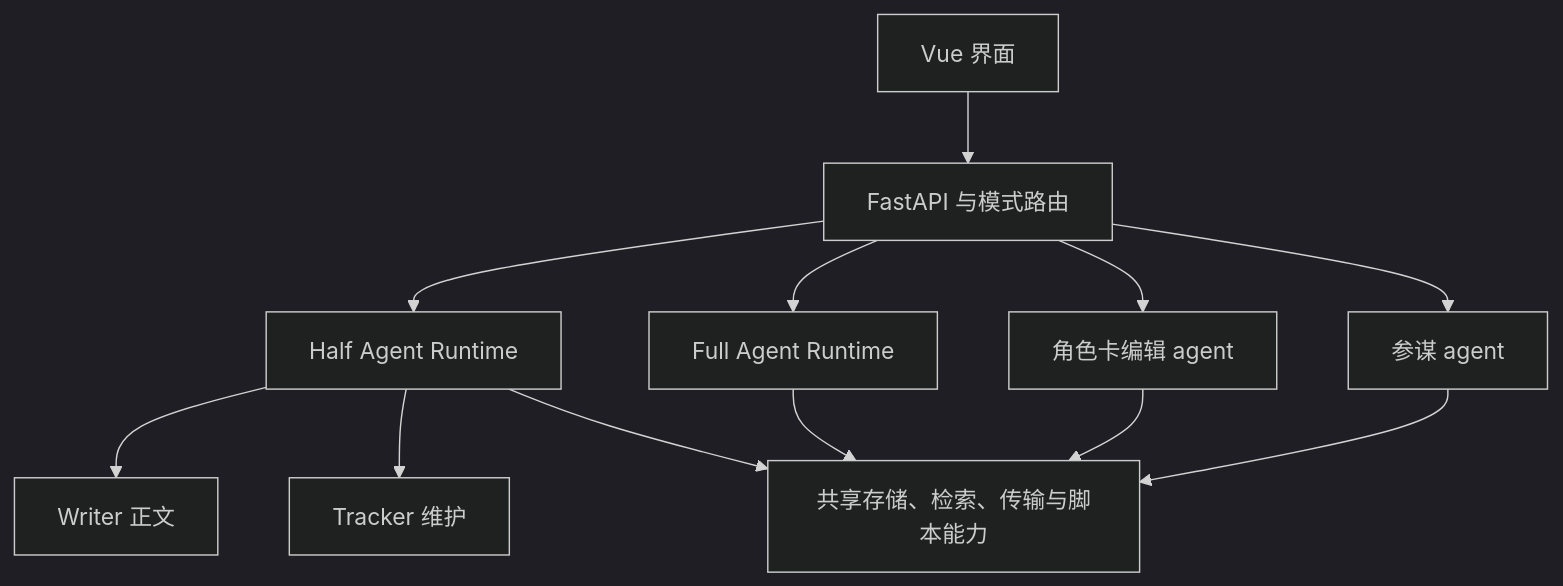
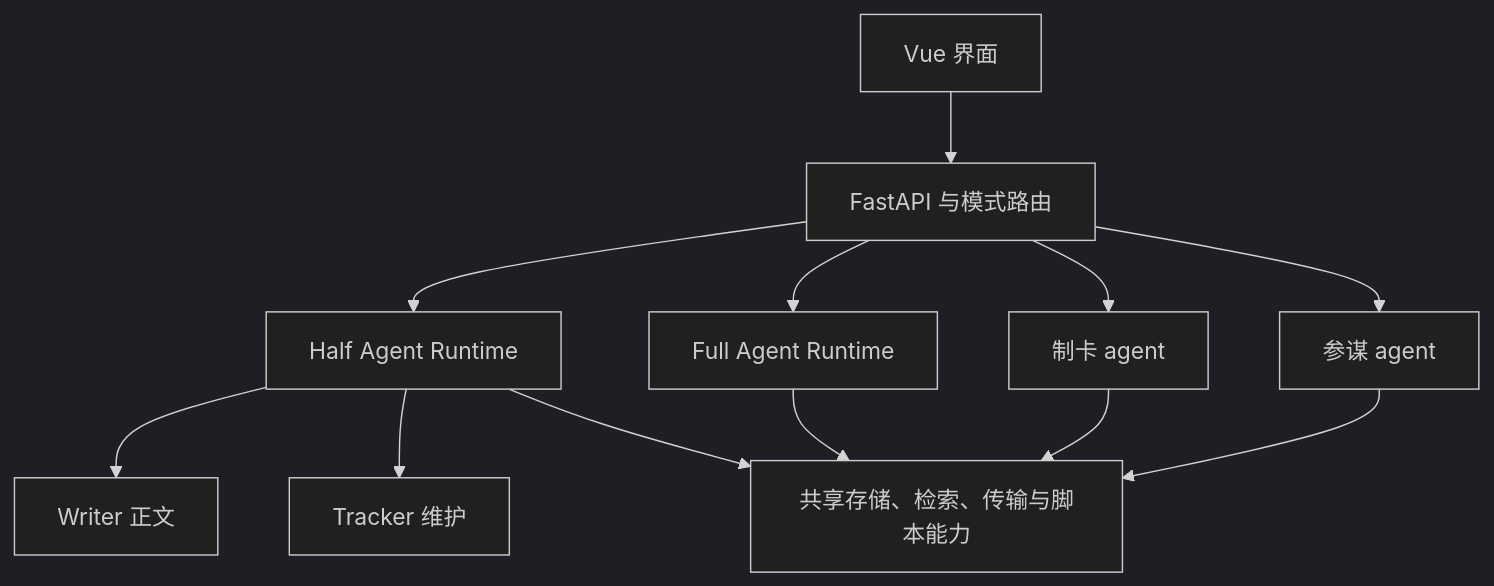
Before and after one commit to illuminatedworm/terrarium-tavern: the diagram in docs/design/architecture.md, drawn with Mermaid (dark theme). The commit also changed other lines of this file and 125 other files, not shown here.

Commit message:
功能：角色卡编辑 agent 升级为制卡 agent（Card Author），支持从零建卡初始字段与新卡头像并迁移至 schema 6

````diff
--- a/docs/design/architecture.md
+++ b/docs/design/architecture.md
@@ -5,14 +5,14 @@
 ```mermaid
 flowchart TD
     UI[Vue 界面] --> API[FastAPI 与模式路由]
     API --> HALF[Half Agent Runtime]
     API --> FULL[Full Agent Runtime]
-    API --> EDIT[角色卡编辑 agent]
+    API --> EDIT[制卡 agent]
     API --> ADVISOR[参谋 agent]
     HALF --> WRITER[Writer 正文]
     HALF --> TRACKER[Tracker 维护]
     HALF --> SHARED[共享存储、检索、传输与脚本能力]
     FULL --> SHARED
     EDIT --> SHARED
     ADVISOR --> SHARED
 ```
````
